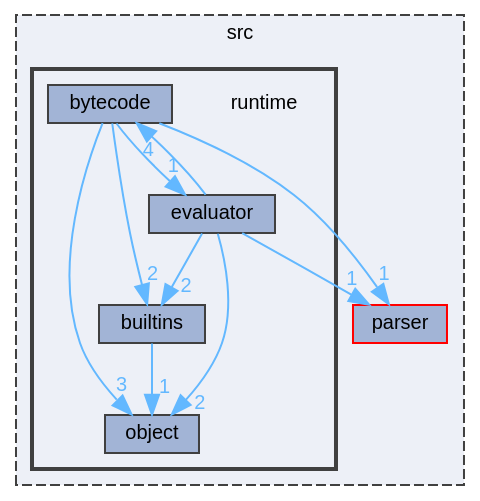
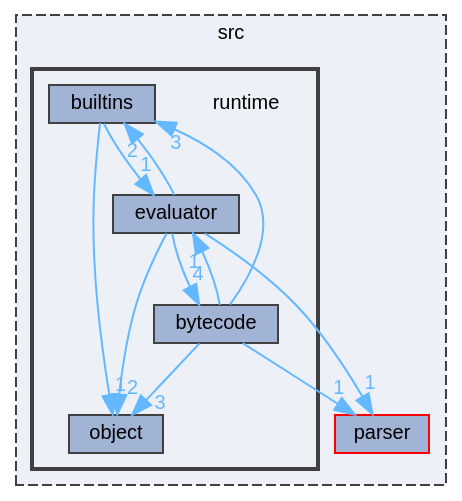
Before and after one commit to kejunp/kejunp.github.io: the diagram in pebbl/docs/dir_bf9f26469d00835ba20ff8d80ee5a804_dep.dot, drawn with Graphviz. The commit also changed 49 other files, not shown here.

```diff
--- a/pebbl/docs/dir_bf9f26469d00835ba20ff8d80ee5a804_dep.dot
+++ b/pebbl/docs/dir_bf9f26469d00835ba20ff8d80ee5a804_dep.dot
@@ -1,29 +1,30 @@
 digraph "src/runtime"
 {
  // LATEX_PDF_SIZE
   bgcolor="transparent";
   edge [fontname=Helvetica,fontsize=10,labelfontname=Helvetica,labelfontsize=10];
   node [fontname=Helvetica,fontsize=10,shape=box,height=0.2,width=0.4];
   compound=true
   subgraph clusterdir_68267d1309a1af8e8297ef4c3efbcdba {
     graph [ bgcolor="#edf0f7", pencolor="grey25", label="src", fontname=Helvetica,fontsize=10 style="filled,dashed", URL="dir_68267d1309a1af8e8297ef4c3efbcdba.html",tooltip=""]
   dir_6cd8491d143eb218b70983dbdb3c58bc [label="parser", fillcolor="#a2b4d6", color="red", style="filled", URL="dir_6cd8491d143eb218b70983dbdb3c58bc.html",tooltip=""];
   subgraph clusterdir_bf9f26469d00835ba20ff8d80ee5a804 {
     graph [ bgcolor="#edf0f7", pencolor="grey25", label="", fontname=Helvetica,fontsize=10 style="filled,bold", URL="dir_bf9f26469d00835ba20ff8d80ee5a804.html",tooltip=""]
     dir_bf9f26469d00835ba20ff8d80ee5a804 [shape=plaintext, label="runtime"];
   dir_0c3dcd0ce7c49a87e7aa12e7eefa6b9f [label="builtins", fillcolor="#a2b4d6", color="grey25", style="filled", URL="dir_0c3dcd0ce7c49a87e7aa12e7eefa6b9f.html",tooltip=""];
   dir_dc173274177e136e411a703609877c31 [label="bytecode", fillcolor="#a2b4d6", color="grey25", style="filled", URL="dir_dc173274177e136e411a703609877c31.html",tooltip=""];
   dir_41d65f3f775614b66ca7d3f2594b2a84 [label="evaluator", fillcolor="#a2b4d6", color="grey25", style="filled", URL="dir_41d65f3f775614b66ca7d3f2594b2a84.html",tooltip=""];
   dir_7b3ca0f1a5442f5bcf8fa402d7489a6e [label="object", fillcolor="#a2b4d6", color="grey25", style="filled", URL="dir_7b3ca0f1a5442f5bcf8fa402d7489a6e.html",tooltip=""];
   }
   }
+  dir_0c3dcd0ce7c49a87e7aa12e7eefa6b9f->dir_41d65f3f775614b66ca7d3f2594b2a84 [headlabel="1", labeldistance=1.5 headhref="dir_000001_000003.html" href="dir_000001_000003.html" color="steelblue1" fontcolor="steelblue1"];
   dir_0c3dcd0ce7c49a87e7aa12e7eefa6b9f->dir_7b3ca0f1a5442f5bcf8fa402d7489a6e [headlabel="1", labeldistance=1.5 headhref="dir_000001_000005.html" href="dir_000001_000005.html" color="steelblue1" fontcolor="steelblue1"];
-  dir_dc173274177e136e411a703609877c31->dir_0c3dcd0ce7c49a87e7aa12e7eefa6b9f [headlabel="2", labeldistance=1.5 headhref="dir_000002_000001.html" href="dir_000002_000001.html" color="steelblue1" fontcolor="steelblue1"];
+  dir_dc173274177e136e411a703609877c31->dir_0c3dcd0ce7c49a87e7aa12e7eefa6b9f [headlabel="3", labeldistance=1.5 headhref="dir_000002_000001.html" href="dir_000002_000001.html" color="steelblue1" fontcolor="steelblue1"];
   dir_dc173274177e136e411a703609877c31->dir_41d65f3f775614b66ca7d3f2594b2a84 [headlabel="1", labeldistance=1.5 headhref="dir_000002_000003.html" href="dir_000002_000003.html" color="steelblue1" fontcolor="steelblue1"];
   dir_dc173274177e136e411a703609877c31->dir_6cd8491d143eb218b70983dbdb3c58bc [headlabel="1", labeldistance=1.5 headhref="dir_000002_000006.html" href="dir_000002_000006.html" color="steelblue1" fontcolor="steelblue1"];
   dir_dc173274177e136e411a703609877c31->dir_7b3ca0f1a5442f5bcf8fa402d7489a6e [headlabel="3", labeldistance=1.5 headhref="dir_000002_000005.html" href="dir_000002_000005.html" color="steelblue1" fontcolor="steelblue1"];
   dir_41d65f3f775614b66ca7d3f2594b2a84->dir_0c3dcd0ce7c49a87e7aa12e7eefa6b9f [headlabel="2", labeldistance=1.5 headhref="dir_000003_000001.html" href="dir_000003_000001.html" color="steelblue1" fontcolor="steelblue1"];
   dir_41d65f3f775614b66ca7d3f2594b2a84->dir_6cd8491d143eb218b70983dbdb3c58bc [headlabel="1", labeldistance=1.5 headhref="dir_000003_000006.html" href="dir_000003_000006.html" color="steelblue1" fontcolor="steelblue1"];
   dir_41d65f3f775614b66ca7d3f2594b2a84->dir_7b3ca0f1a5442f5bcf8fa402d7489a6e [headlabel="2", labeldistance=1.5 headhref="dir_000003_000005.html" href="dir_000003_000005.html" color="steelblue1" fontcolor="steelblue1"];
   dir_41d65f3f775614b66ca7d3f2594b2a84->dir_dc173274177e136e411a703609877c31 [headlabel="4", labeldistance=1.5 headhref="dir_000003_000002.html" href="dir_000003_000002.html" color="steelblue1" fontcolor="steelblue1"];
 }
```
